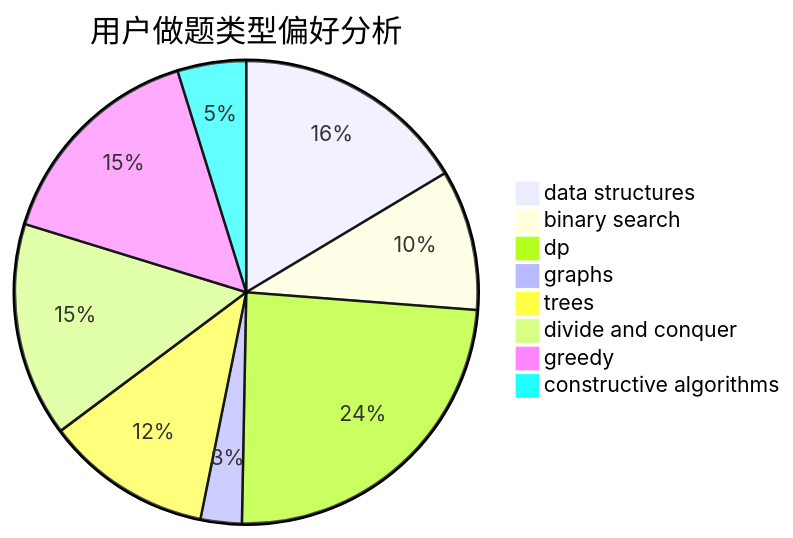
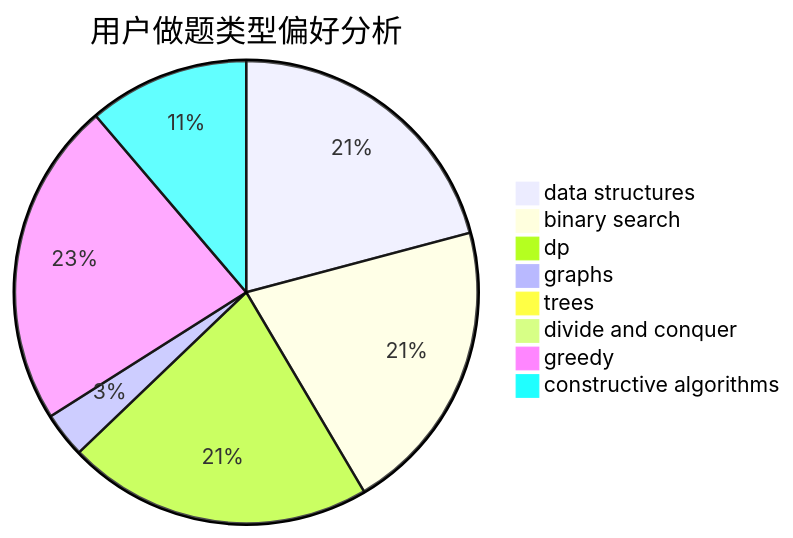
One commit to sherpahu/cfrs.github.io changed the second of 3 diagrams in docs/user/u282.md. Above: the diagram before and after it, drawn with Mermaid. The commit also changed other lines of this file and 2770 other files, not shown here.

````diff
--- a/docs/user/u282.md
+++ b/docs/user/u282.md
@@ -23,11 +23,11 @@
 ```mermaid
 pie title 用户做题类型偏好分析
-    "data structures" :  137
-    "binary search" :  82
-    "dp" :  201
-    "graphs" :  24
-    "trees" :  97
-    "divide and conquer" :  125
-    "greedy" :  129
-    "constructive algorithms" :  40
+    "data structures" :  442
+    "binary search" :  437
+    "dp" :  452
+    "graphs" :  67
+    "trees" :  4
+    "divide and conquer" :  0
+    "greedy" :  482
+    "constructive algorithms" :  238
 ```
````
